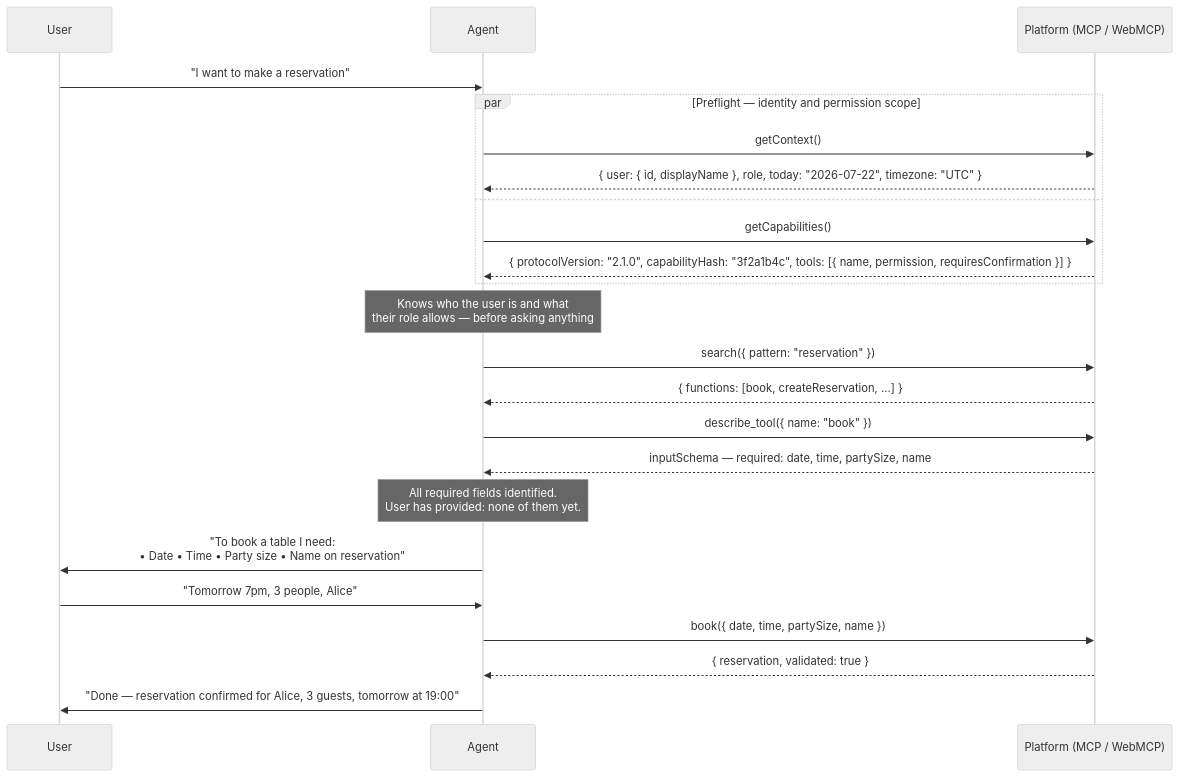
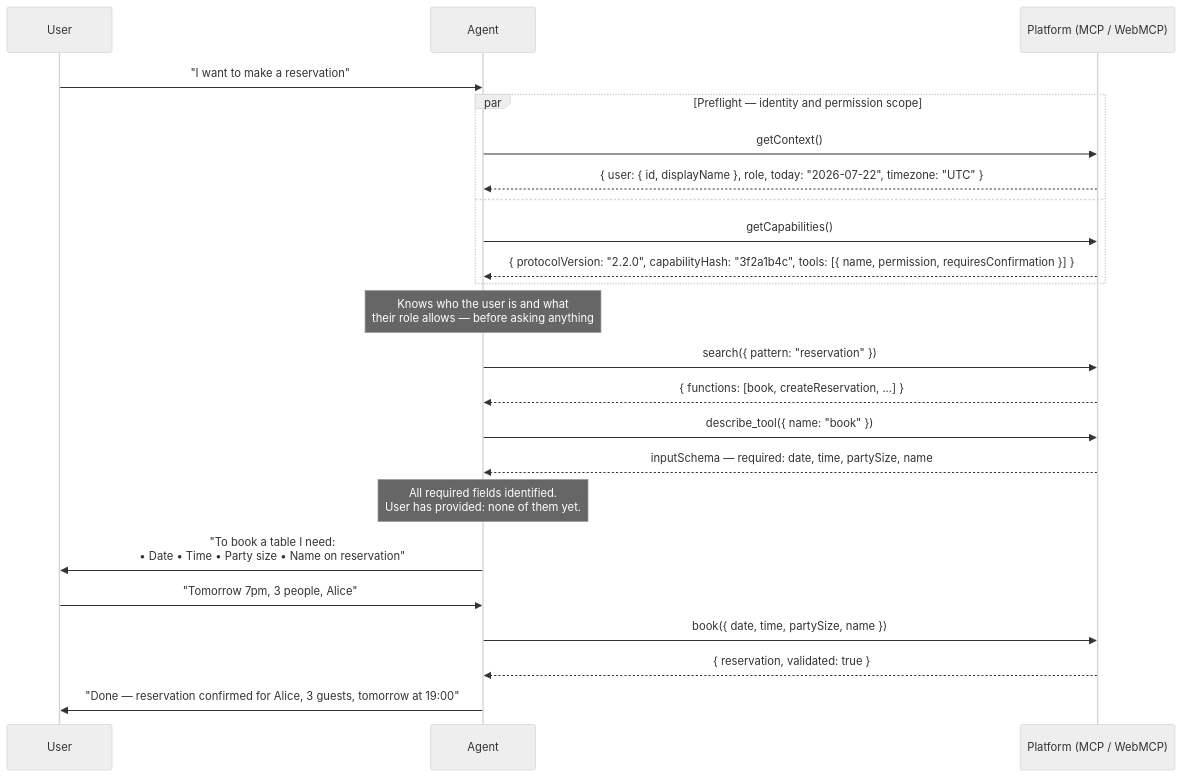
The fourth of 7 diagrams in README.md (eliadco5/NavWebmcp), drawn with Mermaid (neutral theme) before and after one commit. The commit also changed other lines of this file and 13 other files, not shown here.

````diff
--- a/README.md
+++ b/README.md
@@ -191,35 +191,35 @@
 ```mermaid
 sequenceDiagram
     participant User
     participant Agent
     participant Platform as Platform (MCP / WebMCP)
 
     User->>Agent: "I want to make a reservation"
 
     par Preflight — identity and permission scope
         Agent->>Platform: getContext()
         Platform-->>Agent: { user: { id, displayName }, role, today: "2026-07-22", timezone: "UTC" }
     and
         Agent->>Platform: getCapabilities()
-        Platform-->>Agent: { protocolVersion: "2.1.0", capabilityHash: "3f2a1b4c", tools: [{ name, permission, requiresConfirmation }] }
+        Platform-->>Agent: { protocolVersion: "2.2.0", capabilityHash: "3f2a1b4c", tools: [{ name, permission, requiresConfirmation }] }
     end
 
     Note over Agent: Knows who the user is and what<br/>their role allows — before asking anything
 
     Agent->>Platform: search({ pattern: "reservation" })
     Platform-->>Agent: { functions: [book, createReservation, ...] }
 
     Agent->>Platform: describe_tool({ name: "book" })
     Platform-->>Agent: inputSchema — required: date, time, partySize, name
 
     Note over Agent: All required fields identified.<br/>User has provided: none of them yet.
 
     Agent->>User: "To book a table I need:<br/>• Date  • Time  • Party size  • Name on reservation"
 
     User->>Agent: "Tomorrow 7pm, 3 people, Alice"
 
     Agent->>Platform: book({ date, time, partySize, name })
     Platform-->>Agent: { reservation, validated: true }
 
     Agent->>User: "Done — reservation confirmed for Alice, 3 guests, tomorrow at 19:00"
 ```
````
